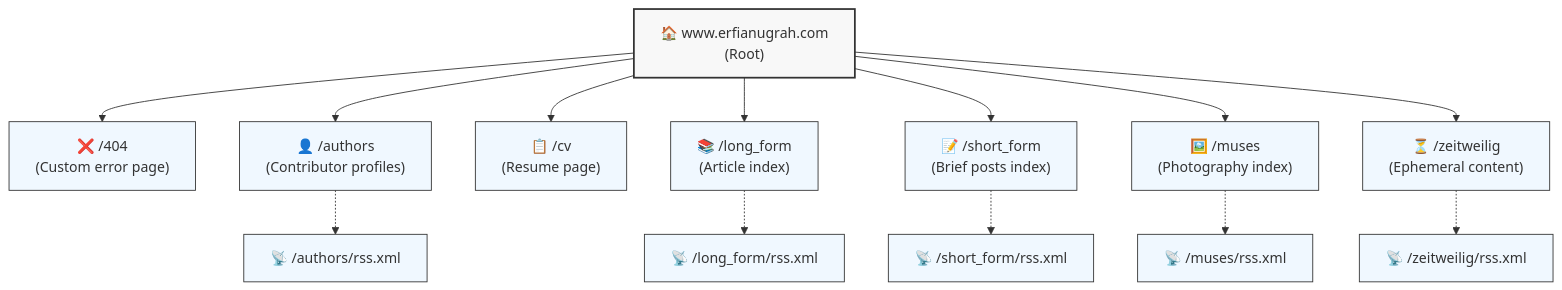
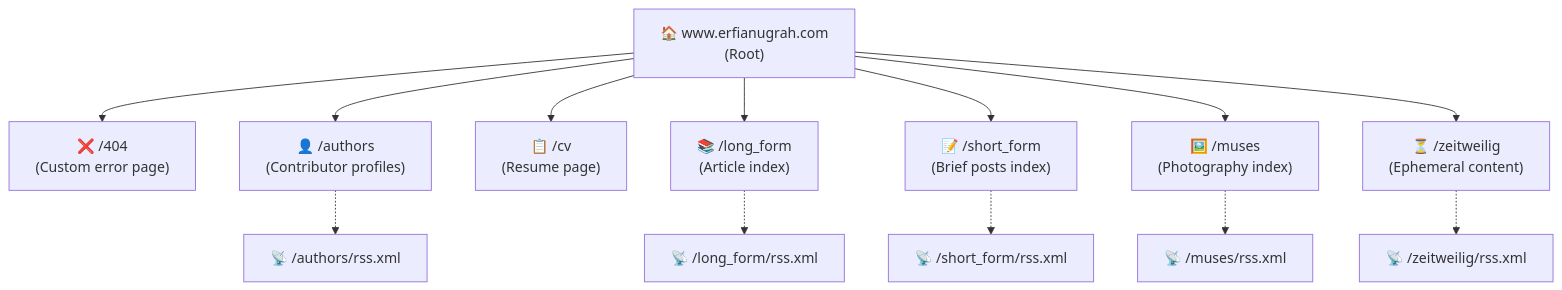
Before and after one commit to erfianugrah/revista-3: the seventh of 9 diagrams in README.md, drawn with Mermaid. The commit also changed other lines of this file and 4 other files, not shown here.

First line of the commit message:
chore: clean up docs — remove PLAN.md, merge Docker README, fix mermaid contrast

````diff
--- a/README.md
+++ b/README.md
@@ -386,24 +344,16 @@
 ```mermaid
 graph TD
-    classDef rootRoute fill:#f8f8f8,stroke:#333,stroke-width:2px
-    classDef staticRoute fill:#f0f8ff,stroke:#333,stroke-width:1px
-
     A["🏠 www.erfianugrah.com<br>(Root)"] --> B["❌ /404<br>(Custom error page)"]
     A --> C["👤 /authors<br>(Contributor profiles)"]
     A --> D["📋 /cv<br>(Resume page)"]
     A --> E["📚 /long_form<br>(Article index)"]
     A --> F["📝 /short_form<br>(Brief posts index)"]
     A --> G["🖼️ /muses<br>(Photography index)"]
     A --> H["⏳ /zeitweilig<br>(Ephemeral content)"]
 
-    %% RSS feeds
     C -.-> C0["📡 /authors/rss.xml"]
     E -.-> E0["📡 /long_form/rss.xml"]
     F -.-> F0["📡 /short_form/rss.xml"]
     G -.-> G0["📡 /muses/rss.xml"]
     H -.-> H0["📡 /zeitweilig/rss.xml"]
-
-    class A rootRoute
-    class B,C,D,E,F,G,H staticRoute
-    class C0,E0,F0,G0,H0 staticRoute
 ```
````
